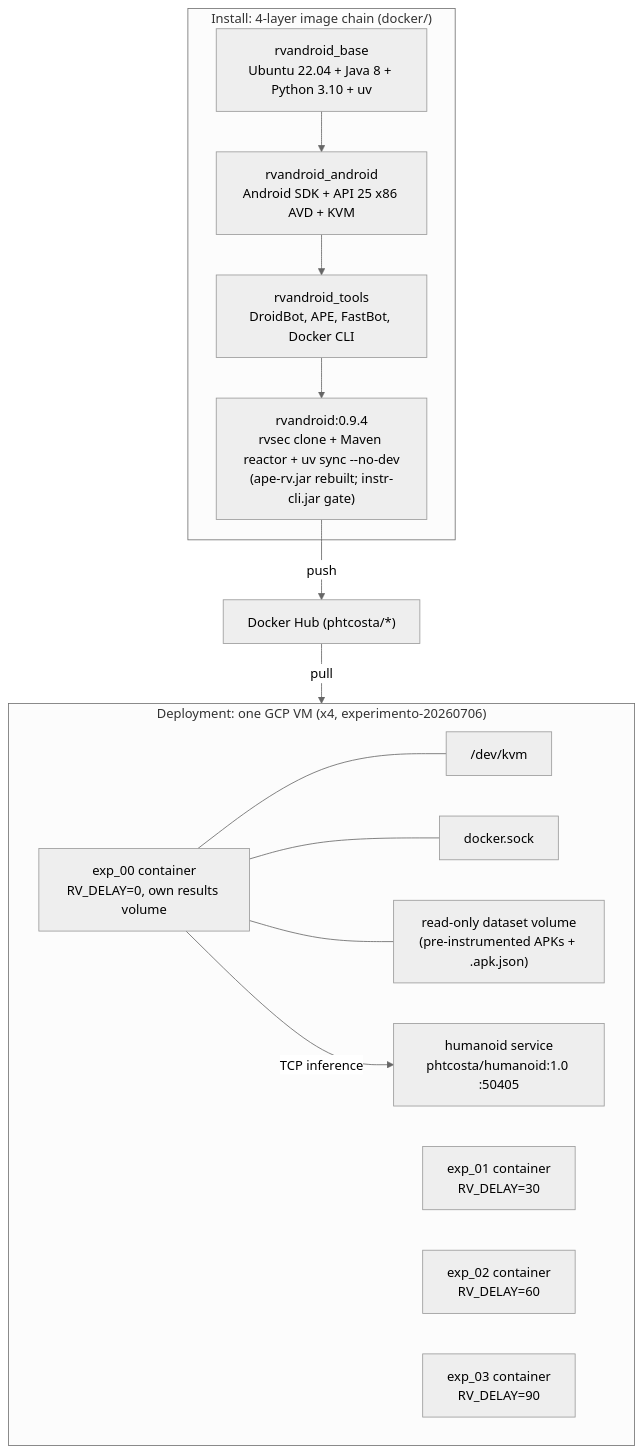
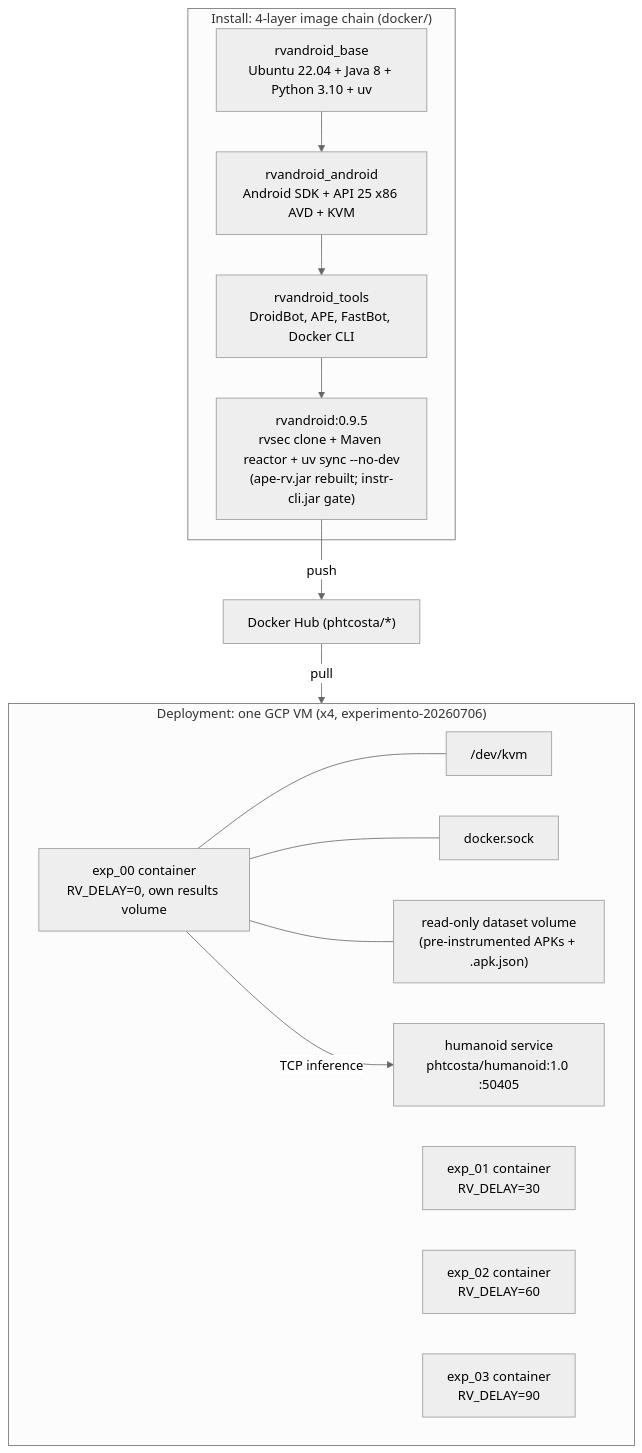
One commit to PAMunb/rvsec changed the fourth of 4 diagrams in rv-android/docs/architecture/subsystem-rv-experiment.md. Above: the diagram before and after it, drawn with Mermaid. The commit also changed other lines of this file and 83 other files, not shown here.

````diff
--- a/rv-android/docs/architecture/subsystem-rv-experiment.md
+++ b/rv-android/docs/architecture/subsystem-rv-experiment.md
@@ -1277,29 +1277,29 @@
 ```mermaid
 %%{init: {'theme': 'neutral'}}%%
 flowchart TB
     subgraph CHAIN["Install: 4-layer image chain (docker/)"]
         IBASE["rvandroid_base<br/>Ubuntu 22.04 + Java 8 + Python 3.10 + uv"]
         IANDR["rvandroid_android<br/>Android SDK + API 25 x86 AVD + KVM"]
         ITOOL["rvandroid_tools<br/>DroidBot, APE, FastBot, Docker CLI"]
-        IRVA["rvandroid:0.9.4<br/>rvsec clone + Maven reactor + uv sync --no-dev<br/>(ape-rv.jar rebuilt; instr-cli.jar gate)"]
+        IRVA["rvandroid:0.9.5<br/>rvsec clone + Maven reactor + uv sync --no-dev<br/>(ape-rv.jar rebuilt; instr-cli.jar gate)"]
         IBASE --> IANDR --> ITOOL --> IRVA
     end
     DHUB["Docker Hub (phtcosta/*)"]
     IRVA -- "push" --> DHUB
 
     subgraph GVM["Deployment: one GCP VM (x4, experimento-20260706)"]
         EXP0["exp_00 container<br/>RV_DELAY=0, own results volume"]
         EXP1["exp_01 container<br/>RV_DELAY=30"]
         EXP2["exp_02 container<br/>RV_DELAY=60"]
         EXP3["exp_03 container<br/>RV_DELAY=90"]
         HUMS["humanoid service<br/>phtcosta/humanoid:1.0 :50405"]
         KVMD["/dev/kvm"]
         DSK["docker.sock"]
         DSET["read-only dataset volume<br/>(pre-instrumented APKs + .apk.json)"]
     end
     DHUB -- "pull" --> GVM
     EXP0 --- KVMD
     EXP0 --- DSK
     EXP0 --- DSET
     EXP0 -- "TCP inference" --> HUMS
 ```
````
